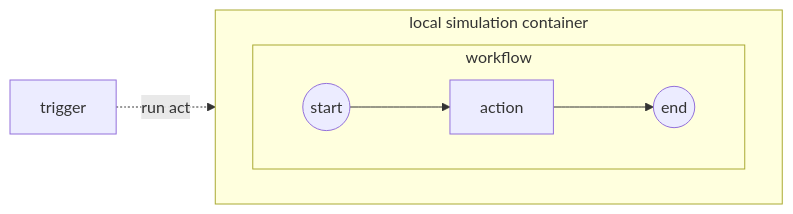
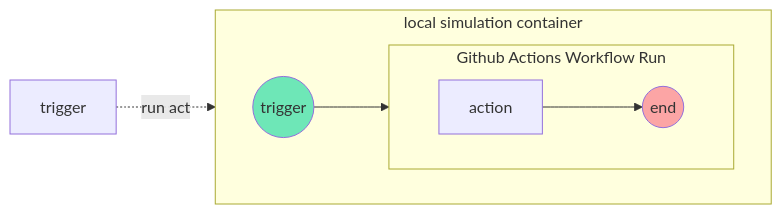
The third of 4 diagrams in _posts/2023-02-27-Repository-Workflows-with-Github-Actions.md (CU-DBMI/set-website), drawn with Mermaid before and after one commit. The commit also changed other lines of this file, not shown here.

Commit message:
diagrams updates; gh actions content dev

````diff
--- a/_posts/2023-02-27-Repository-Workflows-with-Github-Actions.md
+++ b/_posts/2023-02-27-Repository-Workflows-with-Github-Actions.md
@@ -44,13 +50,15 @@
 ```mermaid
 flowchart LR
   subgraph container [local simulation container]
     direction LR
-    subgraph workflow
+    subgraph workflow [Github Actions Workflow Run]
       direction LR
-      start((start)) --> action
+      
       action --> en((end))
     end
-    
+    start((trigger)) --> action
   end
   trigger -.-> |run act| start
+  style start fill:#6EE7B7
+  style en fill:#FCA5A5
 ```
````
